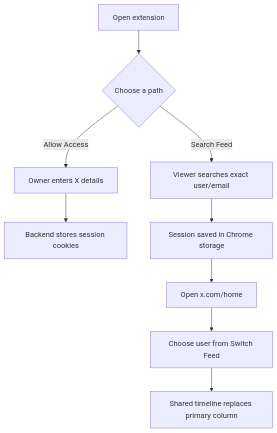
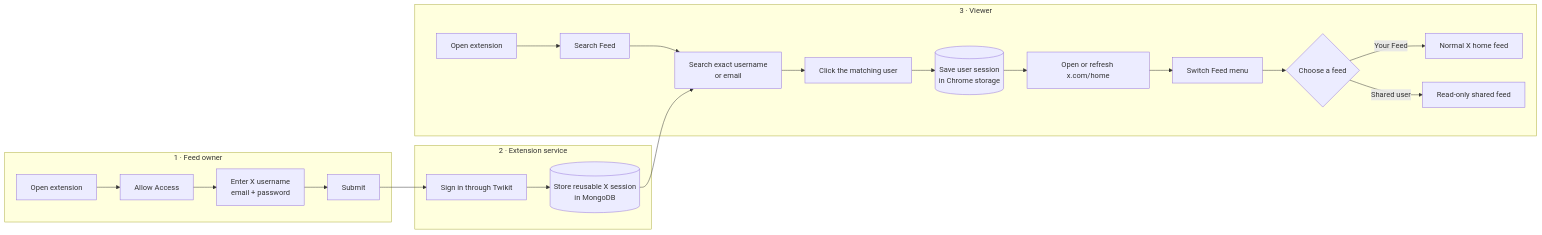
Before and after one commit to SidheshwarSarangal/X_feed_extension: the first of 4 diagrams in README.md, drawn with Mermaid. The commit also changed other lines of this file and 4 other files, not shown here.

````diff
--- a/README.md
+++ b/README.md
@@ -22,12 +10,27 @@
 ```mermaid
-flowchart TB
-    Open[Open extension] --> Choice{Choose a path}
-    Choice -->|Allow Access| Login[Owner enters X details]
-    Login --> Share[Backend stores session cookies]
-    Choice -->|Search Feed| Search[Viewer searches exact user/email]
-    Search --> Save[Session saved in Chrome storage]
-    Save --> Home[Open x.com/home]
-    Home --> Select[Choose user from Switch Feed]
-    Select --> Feed[Shared timeline replaces primary column]
+flowchart LR
+    subgraph Owner[1 · Feed owner]
+        A[Open extension] --> B[Allow Access]
+        B --> C[Enter X username<br/>email + password]
+        C --> D[Submit]
+    end
 
+    subgraph System[2 · Extension service]
+        D --> E[Sign in through Twikit]
+        E --> F[(Store reusable X session<br/>in MongoDB)]
+    end
+
+    subgraph Viewer[3 · Viewer]
+        G[Open extension] --> H[Search Feed]
+        H --> I[Search exact username<br/>or email]
+        I --> J[Click the matching user]
+        J --> K[(Save user session<br/>in Chrome storage)]
+        K --> L[Open or refresh x.com/home]
+        L --> M[Switch Feed menu]
+        M --> N{Choose a feed}
+        N -->|Your Feed| O[Normal X home feed]
+        N -->|Shared user| P[Read-only shared feed]
+    end
+
+    F --> I
 ```
````
